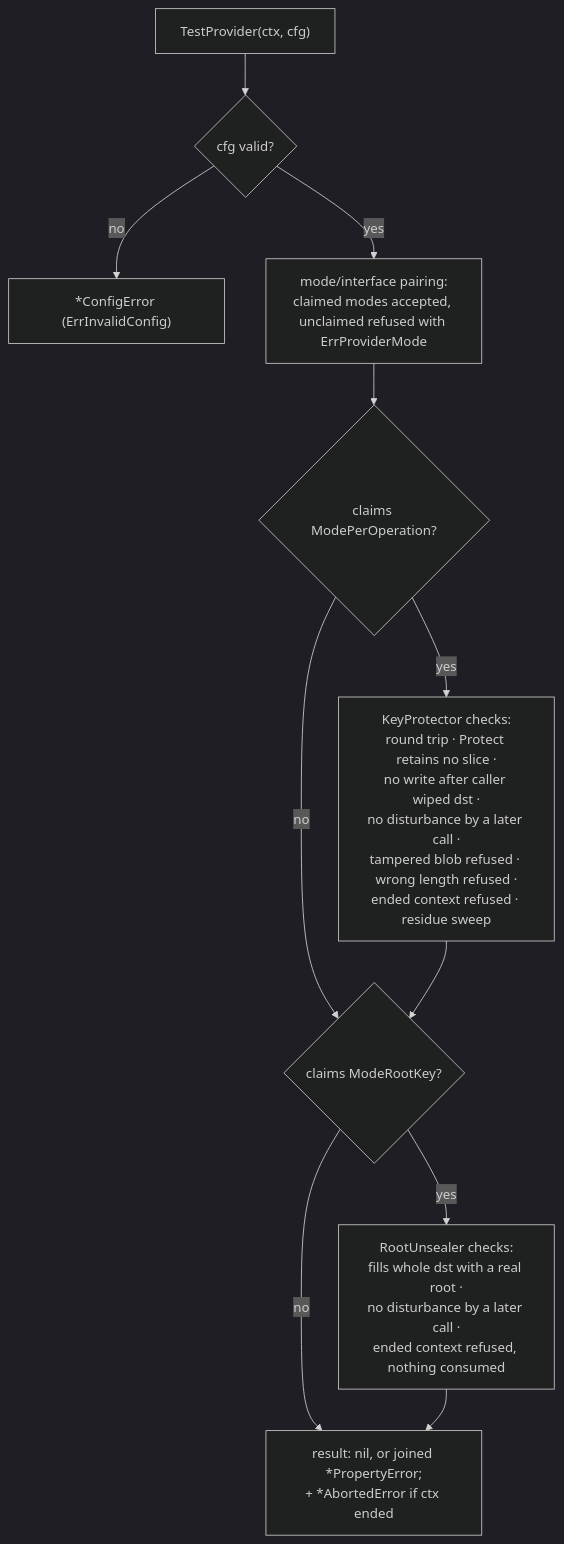
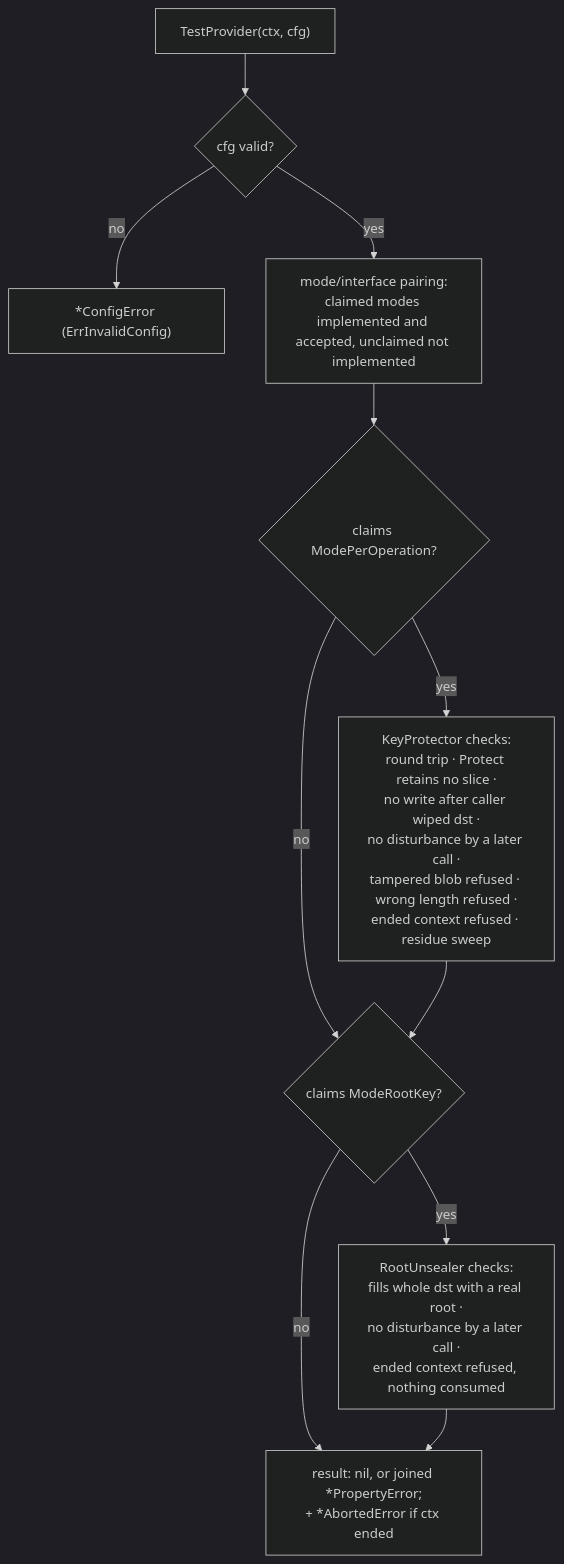
One commit to jeremyhahn/go-enclave changed the diagram in docs/provider-conformance/architecture.md. Above: the diagram before and after it, drawn with Mermaid (dark theme). The commit also changed 25 other files, not shown here.

````diff
--- a/docs/provider-conformance/architecture.md
+++ b/docs/provider-conformance/architecture.md
@@ -26,13 +26,13 @@
 ```mermaid
 flowchart TD
   T["TestProvider(ctx, cfg)"] --> V{cfg valid?}
   V -- no --> CE["*ConfigError (ErrInvalidConfig)"]
-  V -- yes --> MP["mode/interface pairing:<br/>claimed modes accepted, unclaimed refused with ErrProviderMode"]
+  V -- yes --> MP["mode/interface pairing:<br/>claimed modes implemented and accepted, unclaimed not implemented"]
   MP --> KP{"claims ModePerOperation?"}
   KP -- yes --> KPC["KeyProtector checks:<br/>round trip · Protect retains no slice ·<br/>no write after caller wiped dst ·<br/>no disturbance by a later call ·<br/>tampered blob refused · wrong length refused ·<br/>ended context refused · residue sweep"]
   KP -- no --> RU
   KPC --> RU{"claims ModeRootKey?"}
   RU -- yes --> RUC["RootUnsealer checks:<br/>fills whole dst with a real root ·<br/>no disturbance by a later call ·<br/>ended context refused, nothing consumed"]
   RU -- no --> R
   RUC --> R["result: nil, or joined *PropertyError;<br/>+ *AbortedError if ctx ended"]
 ```
````
